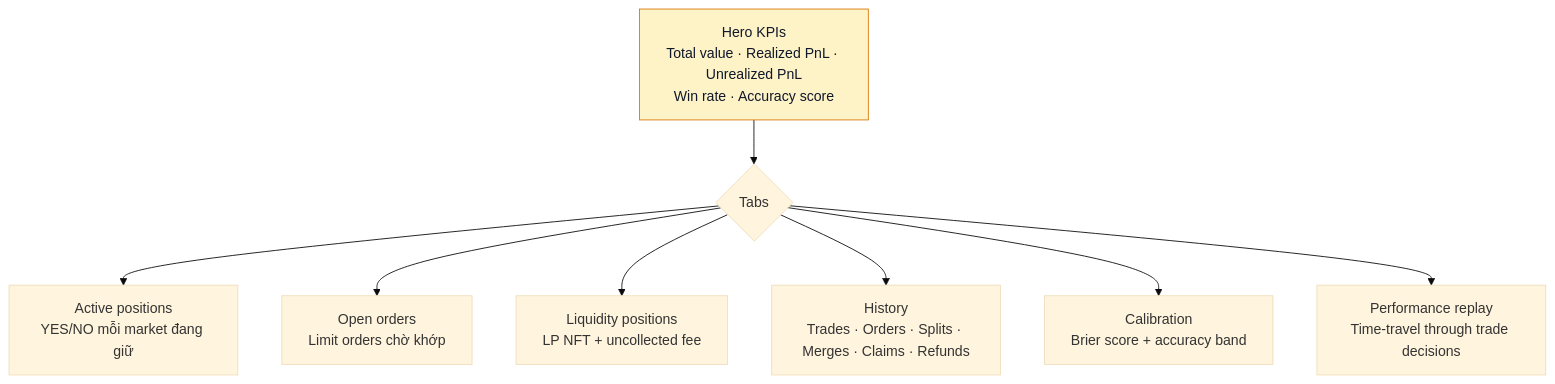
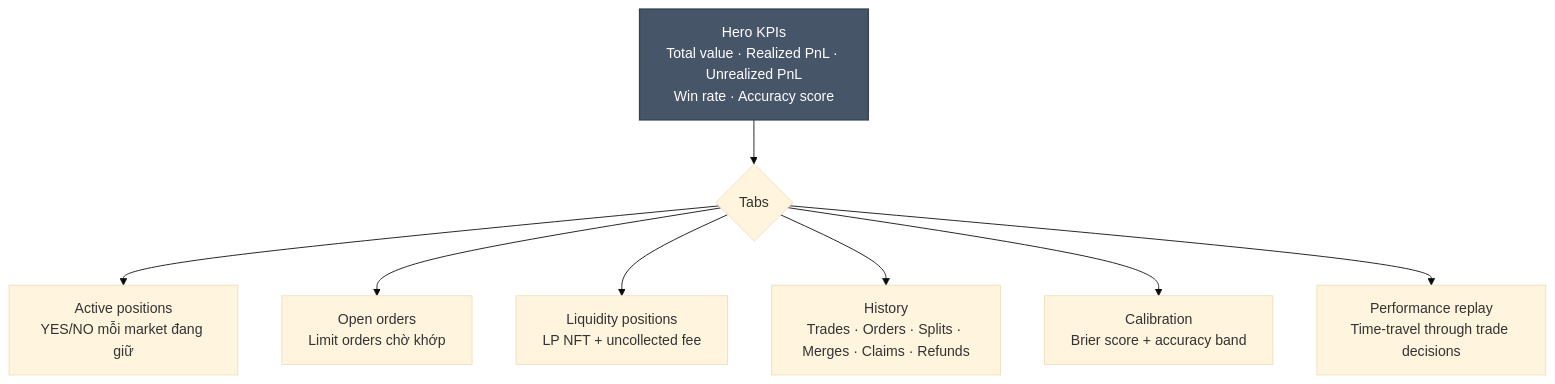
The first of 3 diagrams in vi_v6/huong-dan/portfolio.md (PrediX-Protocol/predix-docs), drawn with Mermaid (base theme) before and after one commit. The commit also changed other lines of this file and 32 other files, not shown here.

First line of the commit message:
docs(vi_v6): redesign Mermaid theme — solid mid-tone palette + dark theme

````diff
--- a/vi_v6/huong-dan/portfolio.md
+++ b/vi_v6/huong-dan/portfolio.md
@@ -7,14 +7,14 @@
 ```mermaid
 flowchart TB
     Hero[Hero KPIs<br/>Total value · Realized PnL · Unrealized PnL<br/>Win rate · Accuracy score]
     Hero --> Tabs{Tabs}
     Tabs --> Active[Active positions<br/>YES/NO mỗi market đang giữ]
     Tabs --> Orders[Open orders<br/>Limit orders chờ khớp]
     Tabs --> LP[Liquidity positions<br/>LP NFT + uncollected fee]
     Tabs --> History[History<br/>Trades · Orders · Splits · Merges · Claims · Refunds]
     Tabs --> Cal[Calibration<br/>Brier score + accuracy band]
     Tabs --> Replay[Performance replay<br/>Time-travel through trade decisions]
 
-    classDef hero fill:#fef3c7,stroke:#d97706,color:#0f172a
+    classDef hero fill:#475569,stroke:#334155,color:#fff,stroke-width:1.5px
     class Hero hero
 ```
````
